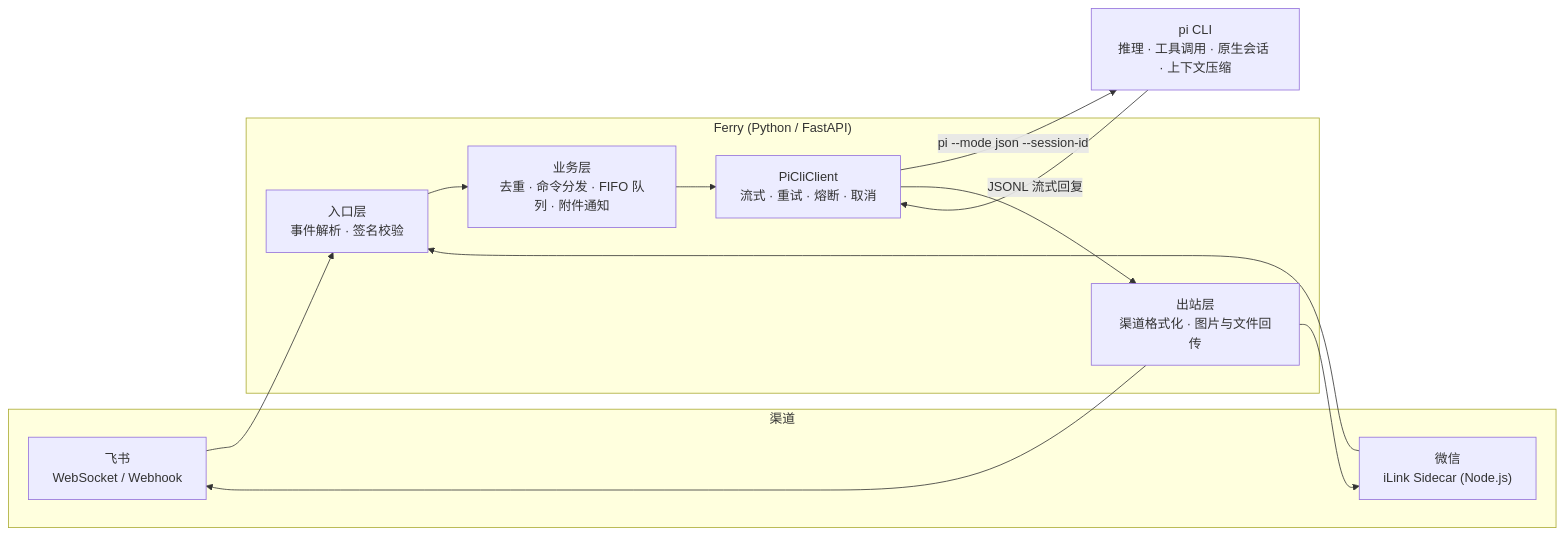
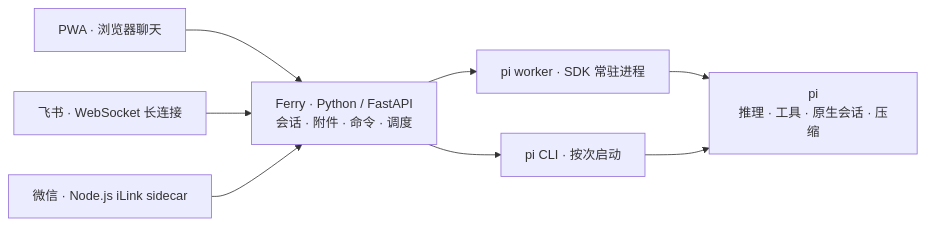
One commit to felixzhang-glitch/Ferry changed the diagram in README.md. Above: the diagram before and after it, drawn with Mermaid. The commit also changed other lines of this file and 73 other files, not shown here.

````diff
--- a/README.md
+++ b/README.md
@@ -17,25 +13,11 @@
 ```mermaid
 flowchart LR
-    subgraph channels["渠道"]
-        FS["飞书<br/>WebSocket / Webhook"]
-        WX["微信<br/>iLink Sidecar (Node.js)"]
-    end
-
-    subgraph claw["Ferry (Python / FastAPI)"]
-        IN["入口层<br/>事件解析 · 签名校验"]
-        CORE["业务层<br/>去重 · 命令分发 · FIFO 队列 · 附件通知"]
-        CLI["PiCliClient<br/>流式 · 重试 · 熔断 · 取消"]
-        OUT["出站层<br/>渠道格式化 · 图片与文件回传"]
-    end
-
-    PI["pi CLI<br/>推理 · 工具调用 · 原生会话 · 上下文压缩"]
-
-    FS --> IN
-    WX --> IN
-    IN --> CORE --> CLI
-    CLI -- "pi --mode json --session-id" --> PI
-    PI -- "JSONL 流式回复" --> CLI
-    CLI --> OUT
-    OUT --> FS
-    OUT --> WX
+    PWA["PWA · 浏览器聊天"] --> F
+    FS["飞书 · WebSocket 长连接"] --> F
+    WX["微信 · Node.js iLink sidecar"] --> F
+    F["Ferry · Python / FastAPI<br/>会话 · 附件 · 命令 · 调度"] --> W
+    F --> C
+    W["pi worker · SDK 常驻进程"] --> PI
+    C["pi CLI · 按次启动"] --> PI
+    PI["pi<br/>推理 · 工具 · 原生会话 · 压缩"]
 ```
````
